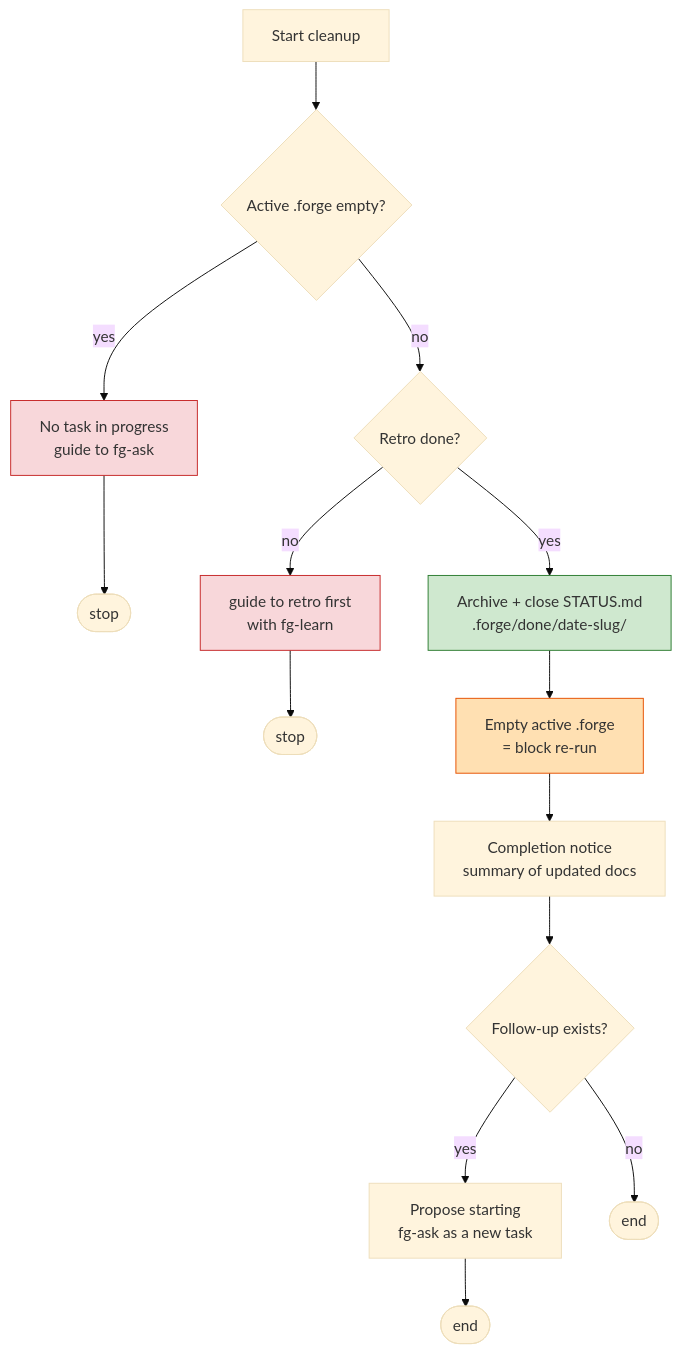
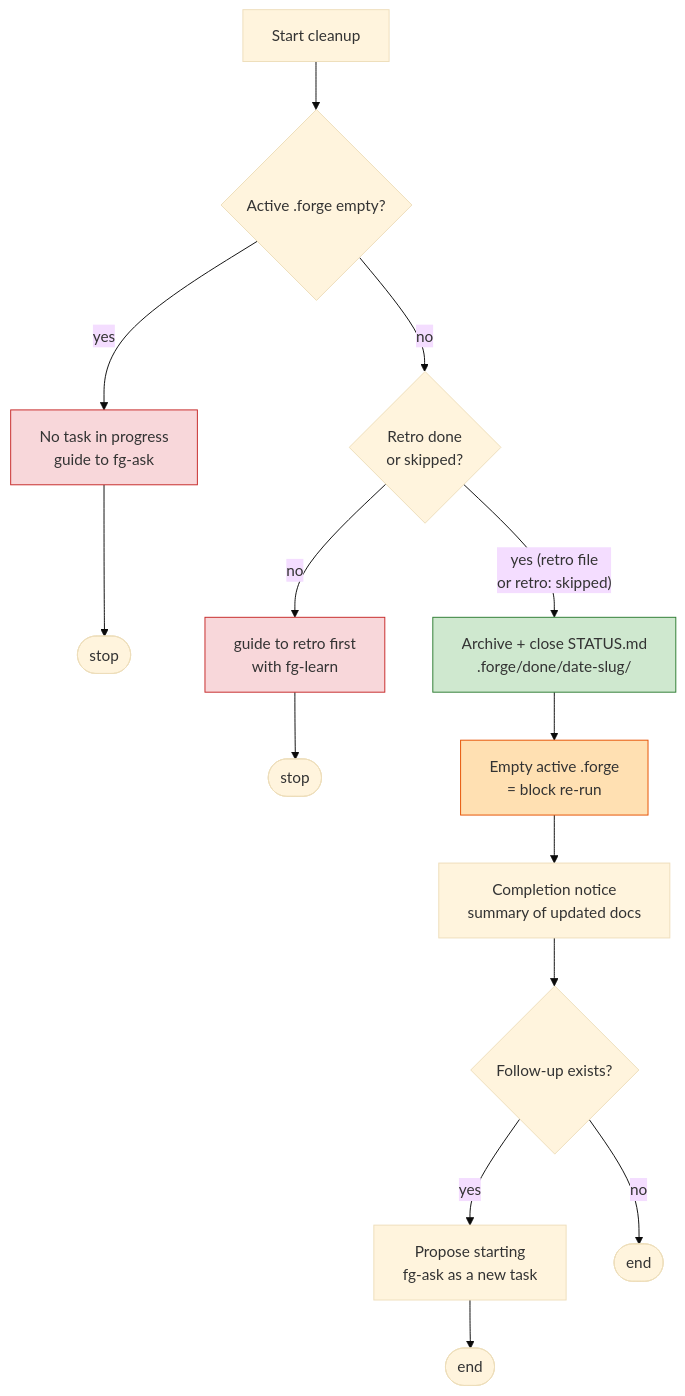
One commit to gyuha/forge changed the diagram in skills/fg-cleanup/SKILL.md. Above: the diagram before and after it, drawn with Mermaid (base theme). The commit also changed other lines of this file and 15 other files, not shown here.

````diff
--- a/skills/fg-cleanup/SKILL.md
+++ b/skills/fg-cleanup/SKILL.md
@@ -62,18 +62,18 @@
 ```mermaid
 flowchart TD
     A[Start cleanup] --> P{Active .forge empty?}
     P -- yes --> PN[No task in progress<br/>guide to fg-ask] --> STOP1([stop])
-    P -- no --> R{Retro done?}
+    P -- no --> R{Retro done<br/>or skipped?}
     R -- no --> RN[guide to retro first<br/>with fg-learn] --> STOP2([stop])
-    R -- yes --> ARCH[Archive + close STATUS.md<br/>.forge/done/date-slug/]
+    R -- "yes (retro file<br/>or retro: skipped)" --> ARCH[Archive + close STATUS.md<br/>.forge/done/date-slug/]
     ARCH --> CLEAR[Empty active .forge<br/>= block re-run]
     CLEAR --> NOTI[Completion notice<br/>summary of updated docs]
     NOTI --> LOOP{Follow-up exists?}
     LOOP -- yes --> ASK[Propose starting<br/>fg-ask as a new task] --> STOP3([end])
     LOOP -- no --> STOP4([end])
 
     style ARCH fill:#cfe8cf,stroke:#2e7d32
     style CLEAR fill:#ffe0b2,stroke:#e65100
     style PN fill:#f8d7da,stroke:#c62828
     style RN fill:#f8d7da,stroke:#c62828
 ```
````
